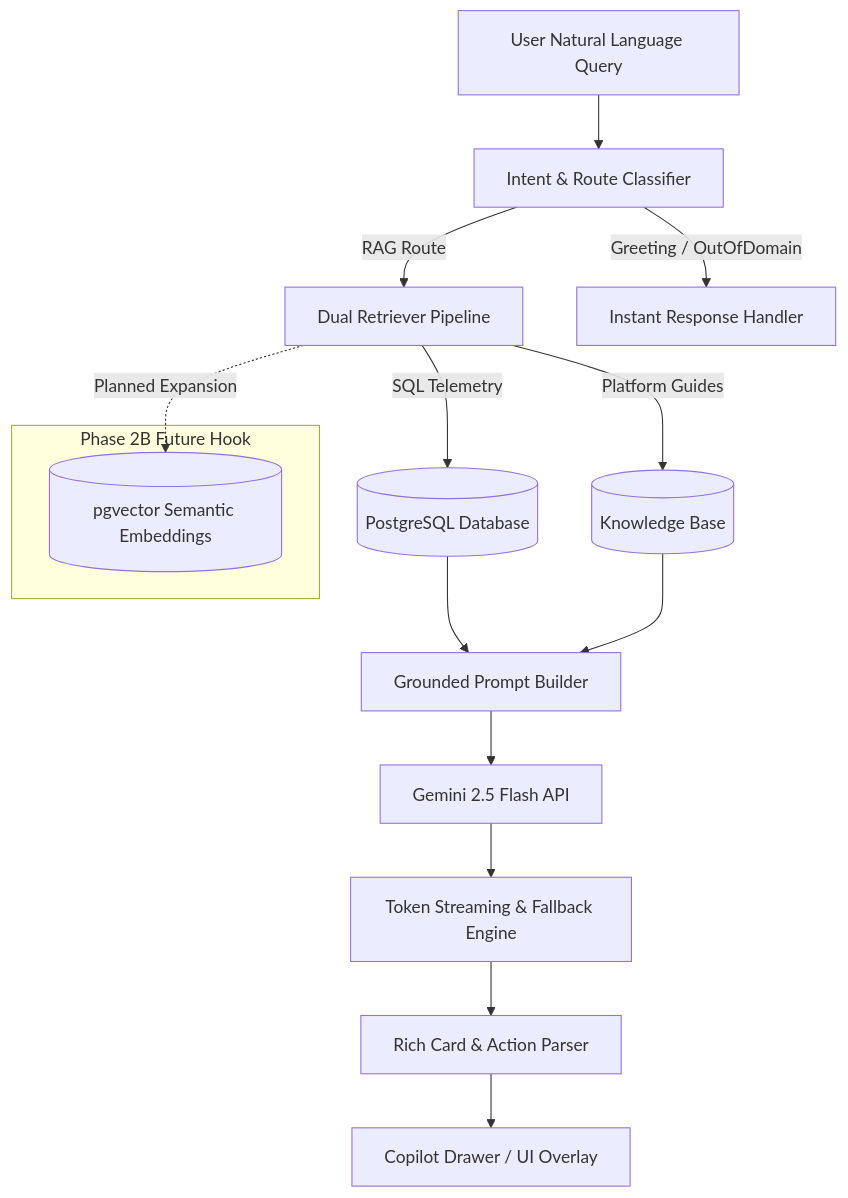
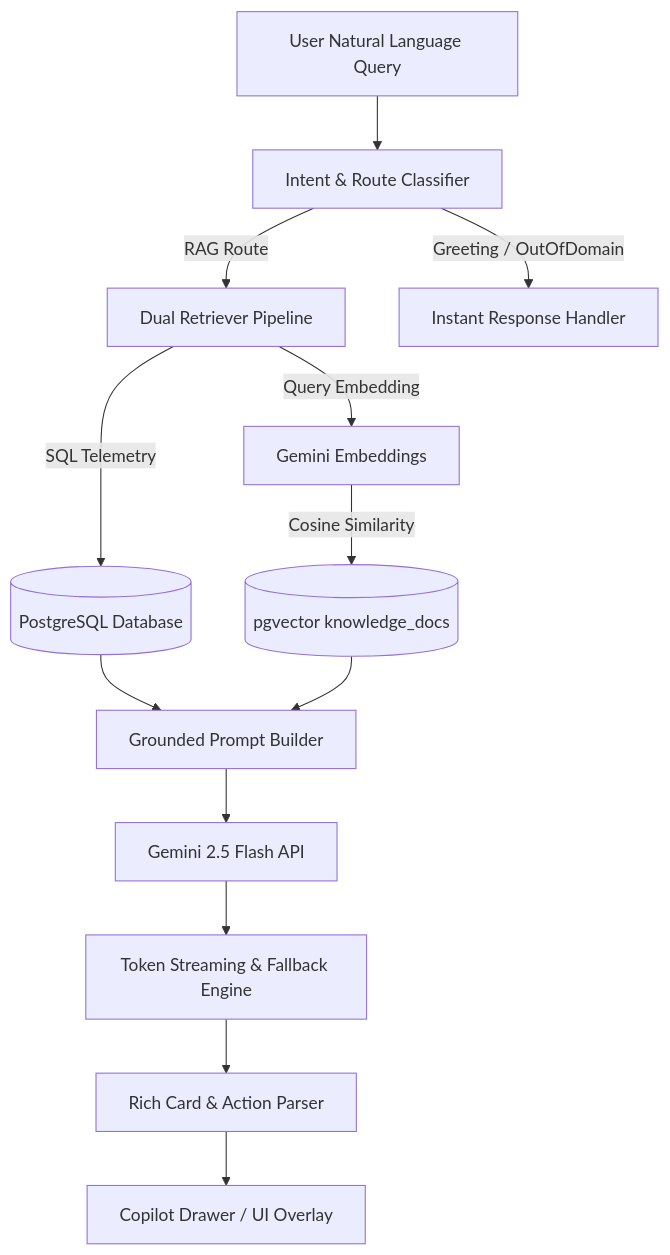
Before and after one commit to piyush2180/campus-exchange: the second of 2 diagrams in README.md, drawn with Mermaid. The commit also changed other lines of this file and 19 other files, not shown here.

````diff
--- a/README.md
+++ b/README.md
@@ -96,22 +103,18 @@
 ```mermaid
 graph TD
     UserQuery[User Natural Language Query] --> IntentClassifier[Intent & Route Classifier]
     IntentClassifier -->|RAG Route| DualRetriever[Dual Retriever Pipeline]
     IntentClassifier -->|Greeting / OutOfDomain| InstantResponse[Instant Response Handler]
     
     DualRetriever -->|SQL Telemetry| SQLStore[(PostgreSQL Database)]
-    DualRetriever -->|Platform Guides| KnowledgeStore[(Knowledge Base)]
+    DualRetriever -->|Query Embedding| Embedder[Gemini Embeddings]
+    Embedder -->|Cosine Similarity| KnowledgeStore[(pgvector knowledge_docs)]
     
     SQLStore --> GroundedPromptBuilder[Grounded Prompt Builder]
     KnowledgeStore --> GroundedPromptBuilder
     
     GroundedPromptBuilder --> GeminiLLM[Gemini 2.5 Flash API]
     GeminiLLM --> StreamEngine[Token Streaming & Fallback Engine]
     StreamEngine --> RichCardParser[Rich Card & Action Parser]
     RichCardParser --> UI[Copilot Drawer / UI Overlay]
-
-    subgraph Phase 2B Future Hook
-        pgvector[(pgvector Semantic Embeddings)]
-    end
-    DualRetriever -.->|Planned Expansion| pgvector
 ```
````
